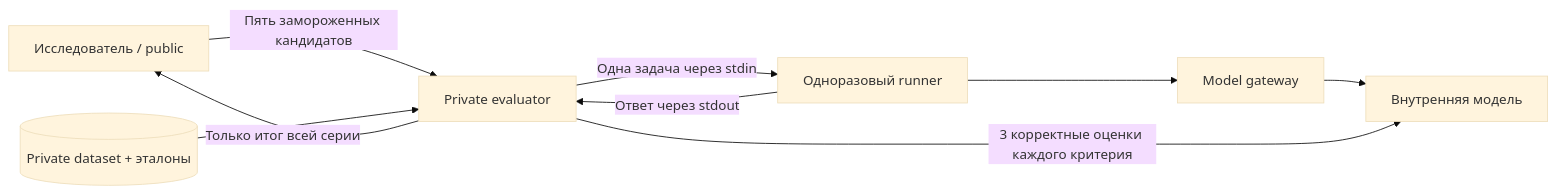
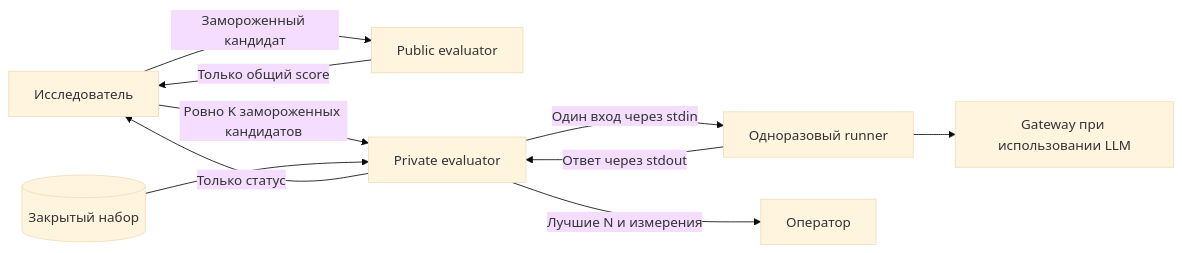
Before and after one commit to deeppavlov/arena: the diagram in common/isolation.md, drawn with Mermaid (base theme). The commit also changed other lines of this file and 47 other files, not shown here.

````diff
--- a/common/isolation.md
+++ b/common/isolation.md
@@ -12,11 +13,12 @@
 ```mermaid
 flowchart LR
-    R[Исследователь / public] -->|Пять замороженных кандидатов| E[Private evaluator]
-    D[(Private dataset + эталоны)] --> E
-    E -->|Одна задача через stdin| W[Одноразовый runner]
+    R[Исследователь] -->|Замороженный кандидат| P[Public evaluator]
+    P -->|Только общий score| R
+    R -->|Ровно K замороженных кандидатов| E[Private evaluator]
+    D[(Закрытый набор)] --> E
+    E -->|Один вход через stdin| W[Одноразовый runner]
     W -->|Ответ через stdout| E
-    W --> G[Model gateway]
-    G --> M[Внутренняя модель]
-    E -->|3 корректные оценки каждого критерия| M
-    E -->|Только итог всей серии| R
+    W --> G[Gateway при использовании LLM]
+    E -->|Только статус| R
+    E -->|Лучшие N и измерения| O[Оператор]
 ```
````
